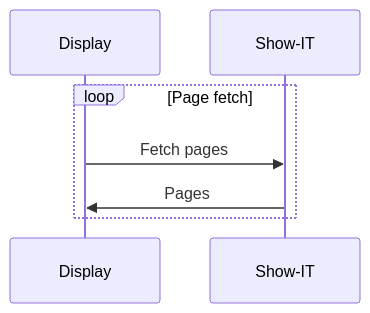
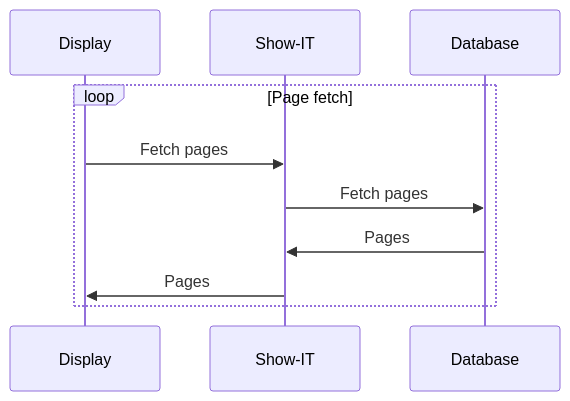
The first of 3 diagrams in docs/access-control.md (Slenderman00/show-it), drawn with Mermaid before and after one commit.

Commit message:
feat: added database to graph

````diff
--- a/docs/access-control.md
+++ b/docs/access-control.md
@@ -11,7 +11,9 @@
 ```mermaid
 sequenceDiagram
 loop  Page fetch
 Display->>Show-IT: Fetch pages
+Show-IT->>Database: Fetch pages
+Database->>Show-IT: Pages
 Show-IT->>Display: Pages
 end
 ```
````
